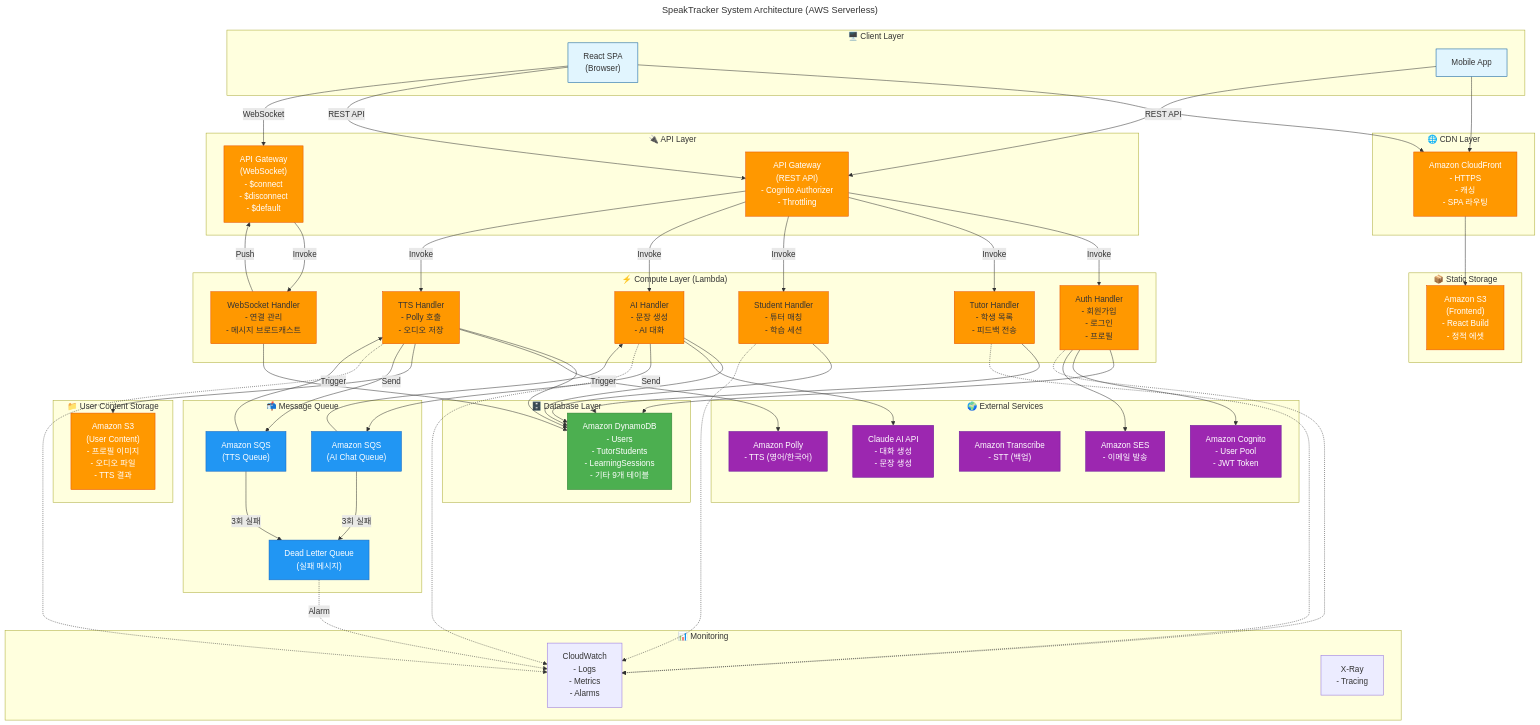
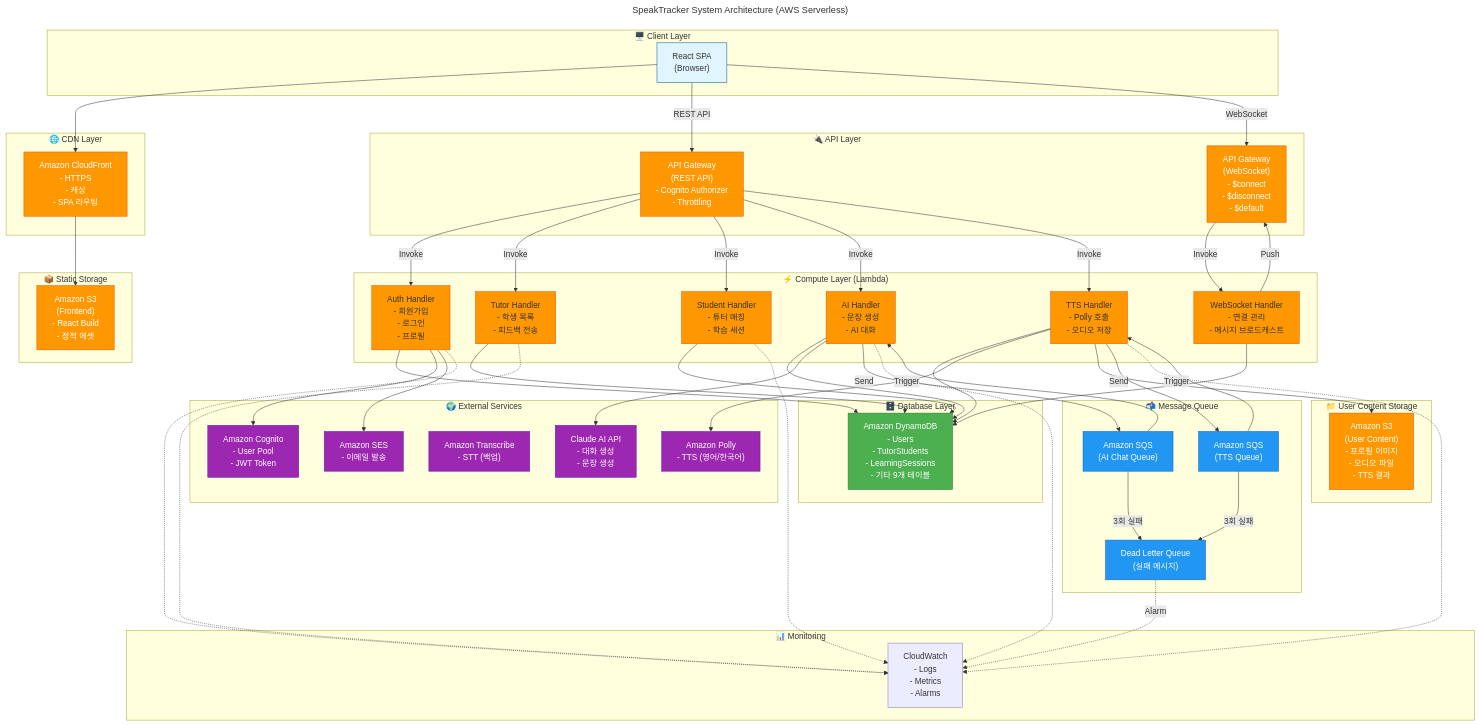
One commit to MGZ-Team03/Project-Backend changed the diagram in docs/Project_2차_프로젝트_문서작업/시스템 아키텍처/system-architecture.mermaid. Above: the diagram before and after it, drawn with Mermaid. The commit also changed 2 other files, not shown here.

Commit message:
mermaid 파일 틀린 부분 수정

```diff
--- a/docs/Project_2차_프로젝트_문서작업/시스템 아키텍처/system-architecture.mermaid
+++ b/docs/Project_2차_프로젝트_문서작업/시스템 아키텍처/system-architecture.mermaid
@@ -1,124 +1,120 @@
 ---
 title: SpeakTracker System Architecture (AWS Serverless)
 ---
 flowchart TB
     subgraph Client["🖥️ Client Layer"]
         Browser["React SPA<br/>(Browser)"]
-        Mobile["Mobile App"]
     end
 
     subgraph CDN["🌐 CDN Layer"]
         CloudFront["Amazon CloudFront<br/>- HTTPS<br/>- 캐싱<br/>- SPA 라우팅"]
     end
 
     subgraph Storage_Static["📦 Static Storage"]
         S3_Frontend["Amazon S3<br/>(Frontend)<br/>- React Build<br/>- 정적 에셋"]
     end
 
     subgraph API_Layer["🔌 API Layer"]
         APIGW_REST["API Gateway<br/>(REST API)<br/>- Cognito Authorizer<br/>- Throttling"]
         APIGW_WS["API Gateway<br/>(WebSocket)<br/>- $connect<br/>- $disconnect<br/>- $default"]
     end
 
     subgraph Compute["⚡ Compute Layer (Lambda)"]
         Lambda_Auth["Auth Handler<br/>- 회원가입<br/>- 로그인<br/>- 프로필"]
         Lambda_Tutor["Tutor Handler<br/>- 학생 목록<br/>- 피드백 전송"]
         Lambda_Student["Student Handler<br/>- 튜터 매칭<br/>- 학습 세션"]
         Lambda_AI["AI Handler<br/>- 문장 생성<br/>- AI 대화"]
         Lambda_TTS["TTS Handler<br/>- Polly 호출<br/>- 오디오 저장"]
         Lambda_WS["WebSocket Handler<br/>- 연결 관리<br/>- 메시지 브로드캐스트"]
     end
 
     subgraph Queue["📬 Message Queue"]
         SQS_TTS["Amazon SQS<br/>(TTS Queue)"]
         SQS_AI["Amazon SQS<br/>(AI Chat Queue)"]
         DLQ["Dead Letter Queue<br/>(실패 메시지)"]
     end
 
     subgraph Database["🗄️ Database Layer"]
         DynamoDB["Amazon DynamoDB<br/>- Users<br/>- TutorStudents<br/>- LearningSessions<br/>- 기타 9개 테이블"]
     end
 
     subgraph Storage_User["📁 User Content Storage"]
         S3_User["Amazon S3<br/>(User Content)<br/>- 프로필 이미지<br/>- 오디오 파일<br/>- TTS 결과"]
     end
 
     subgraph External["🌍 External Services"]
         Cognito["Amazon Cognito<br/>- User Pool<br/>- JWT Token"]
         Polly["Amazon Polly<br/>- TTS (영어/한국어)"]
         Transcribe["Amazon Transcribe<br/>- STT (백업)"]
         SES["Amazon SES<br/>- 이메일 발송"]
         Claude["Claude AI API<br/>- 대화 생성<br/>- 문장 생성"]
     end
 
     subgraph Monitoring["📊 Monitoring"]
         CloudWatch["CloudWatch<br/>- Logs<br/>- Metrics<br/>- Alarms"]
-        XRay["X-Ray<br/>- Tracing"]
     end
 
     %% Client Connections
     Browser --> CloudFront
-    Mobile --> CloudFront
     Browser -->|"REST API"| APIGW_REST
     Browser -->|"WebSocket"| APIGW_WS
-    Mobile -->|"REST API"| APIGW_REST
 
     %% CDN to Storage
     CloudFront --> S3_Frontend
 
     %% API Gateway to Lambda
     APIGW_REST -->|"Invoke"| Lambda_Auth
     APIGW_REST -->|"Invoke"| Lambda_Tutor
     APIGW_REST -->|"Invoke"| Lambda_Student
     APIGW_REST -->|"Invoke"| Lambda_AI
     APIGW_REST -->|"Invoke"| Lambda_TTS
     APIGW_WS -->|"Invoke"| Lambda_WS
 
     %% Lambda to Database
     Lambda_Auth --> DynamoDB
     Lambda_Tutor --> DynamoDB
     Lambda_Student --> DynamoDB
     Lambda_AI --> DynamoDB
     Lambda_TTS --> DynamoDB
     Lambda_WS --> DynamoDB
 
     %% Lambda to External Services
     Lambda_Auth --> Cognito
     Lambda_Auth --> SES
     Lambda_TTS --> Polly
     Lambda_TTS --> S3_User
     Lambda_AI --> Claude
 
     %% SQS Flow
     Lambda_TTS -->|"Send"| SQS_TTS
     Lambda_AI -->|"Send"| SQS_AI
     SQS_TTS -->|"Trigger"| Lambda_TTS
     SQS_AI -->|"Trigger"| Lambda_AI
     SQS_TTS -->|"3회 실패"| DLQ
     SQS_AI -->|"3회 실패"| DLQ
 
     %% WebSocket Broadcast
     Lambda_WS -->|"Push"| APIGW_WS
 
     %% Monitoring
     Lambda_Auth -.-> CloudWatch
     Lambda_Tutor -.-> CloudWatch
     Lambda_Student -.-> CloudWatch
     Lambda_AI -.-> CloudWatch
     Lambda_TTS -.-> CloudWatch
     DLQ -.->|"Alarm"| CloudWatch
 
     %% Styling
     classDef client fill:#e1f5fe,stroke:#01579b
     classDef aws fill:#ff9800,stroke:#e65100,color:#fff
     classDef lambda fill:#ff9800,stroke:#e65100
     classDef database fill:#4caf50,stroke:#2e7d32,color:#fff
     classDef external fill:#9c27b0,stroke:#6a1b9a,color:#fff
     classDef queue fill:#2196f3,stroke:#1565c0,color:#fff
 
-    class Browser,Mobile client
+    class Browser client
     class CloudFront,APIGW_REST,APIGW_WS,S3_Frontend,S3_User aws
     class Lambda_Auth,Lambda_Tutor,Lambda_Student,Lambda_AI,Lambda_TTS,Lambda_WS lambda
     class DynamoDB database
     class Cognito,Polly,Transcribe,SES,Claude external
     class SQS_TTS,SQS_AI,DLQ queue
```
